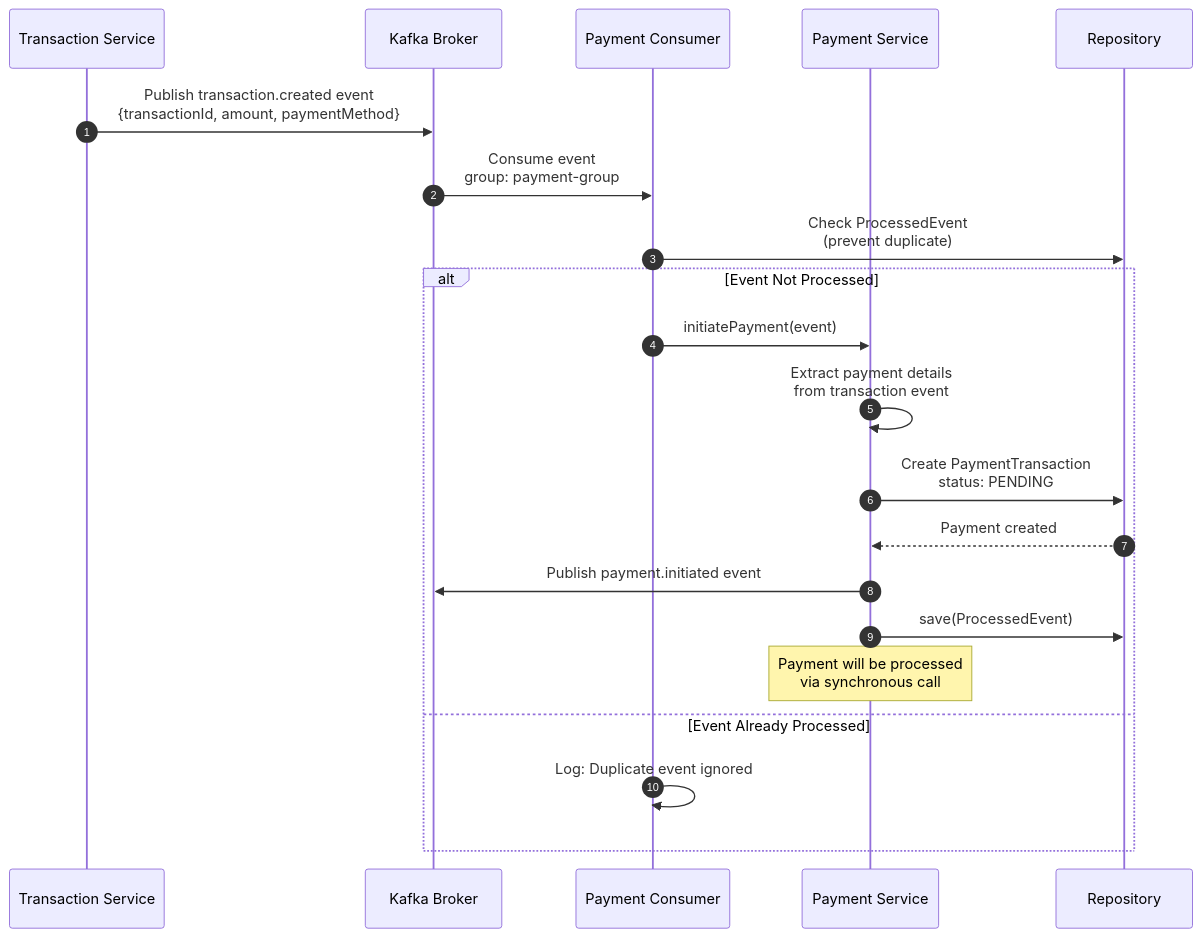
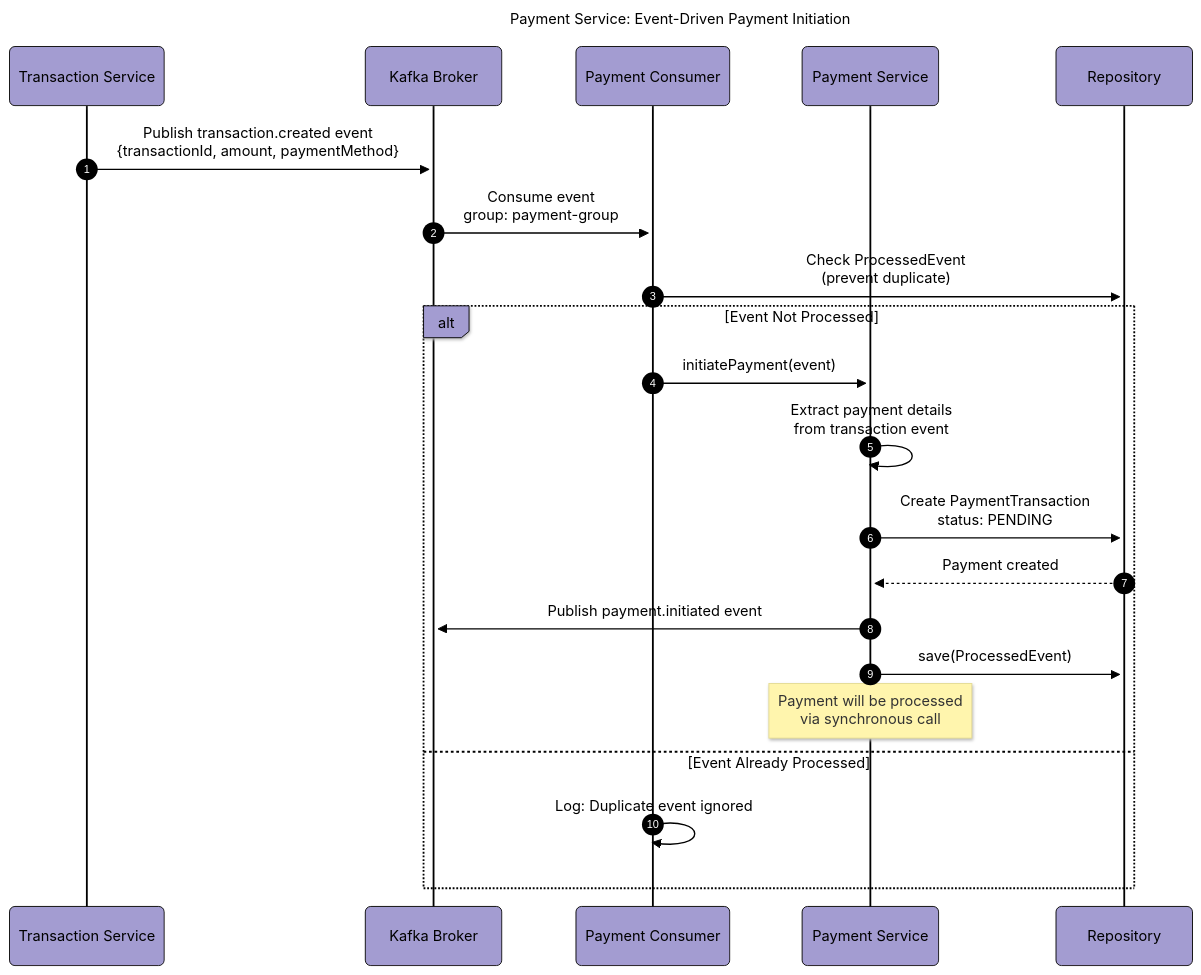
One commit to BrunoGil-AS/Vending-Machine-Microservices changed the ninth of 10 diagrams in Documentation/diagrams/payment-service.md. Above: the diagram before and after it, drawn with Mermaid. The commit also changed other lines of this file and 7 other files, not shown here.

Commit message:
docs: Update service diagrams with new configurations and titles

````diff
--- a/Documentation/diagrams/payment-service.md
+++ b/Documentation/diagrams/payment-service.md
@@ -470,32 +582,46 @@
 ```mermaid
+---
+config:
+  theme: base
+  themeVariables:
+    primaryColor: '#a39cd1ff'
+    primaryTextColor: '#000000'
+    secondaryTextColor: '#ffffffff'
+    primaryBorderColor: '#000000'
+    lineColor: '#000000ff'
+    secondaryColor: '#90b590ff'
+    tertiaryColor: '#f9f6a1ff'
+  look: neo
+title: 'Payment Service: Event-Driven Payment Initiation'
+---
 sequenceDiagram
     autonumber
     participant Transaction as Transaction Service
     participant Kafka as Kafka Broker
     participant Consumer as Payment Consumer
     participant Service as Payment Service
     participant Repo as Repository
 
     Transaction->>Kafka: Publish transaction.created event<br/>{transactionId, amount, paymentMethod}
 
     Kafka->>Consumer: Consume event<br/>group: payment-group
     Consumer->>Repo: Check ProcessedEvent<br/>(prevent duplicate)
 
     alt Event Not Processed
         Consumer->>Service: initiatePayment(event)
 
         Service->>Service: Extract payment details<br/>from transaction event
 
         Service->>Repo: Create PaymentTransaction<br/>status: PENDING
         Repo-->>Service: Payment created
 
         Service->>Kafka: Publish payment.initiated event
 
         Service->>Repo: save(ProcessedEvent)
 
         Note over Service: Payment will be processed<br/>via synchronous call
 
     else Event Already Processed
         Consumer->>Consumer: Log: Duplicate event ignored
     end
 ```
````
